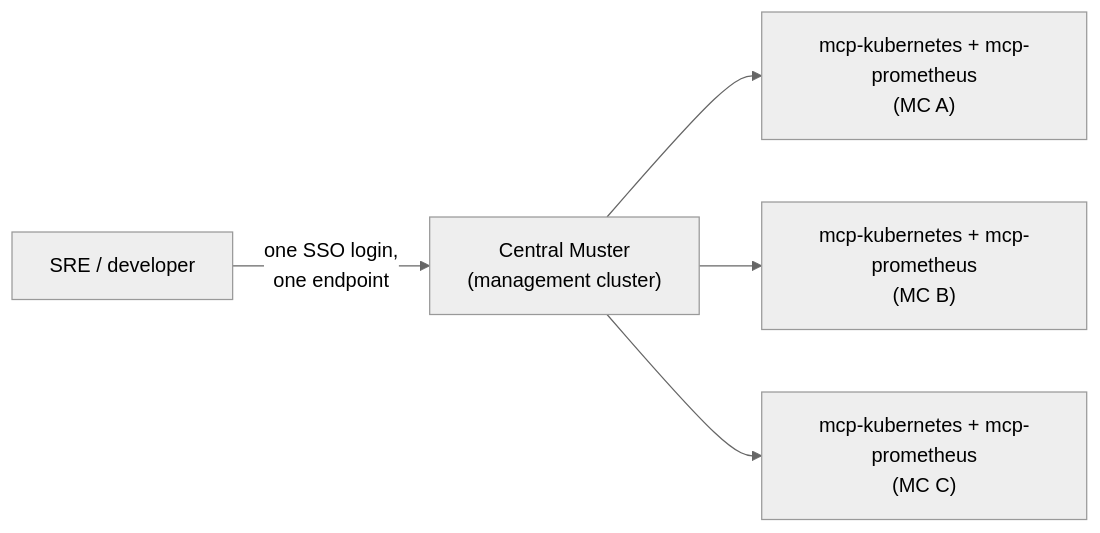
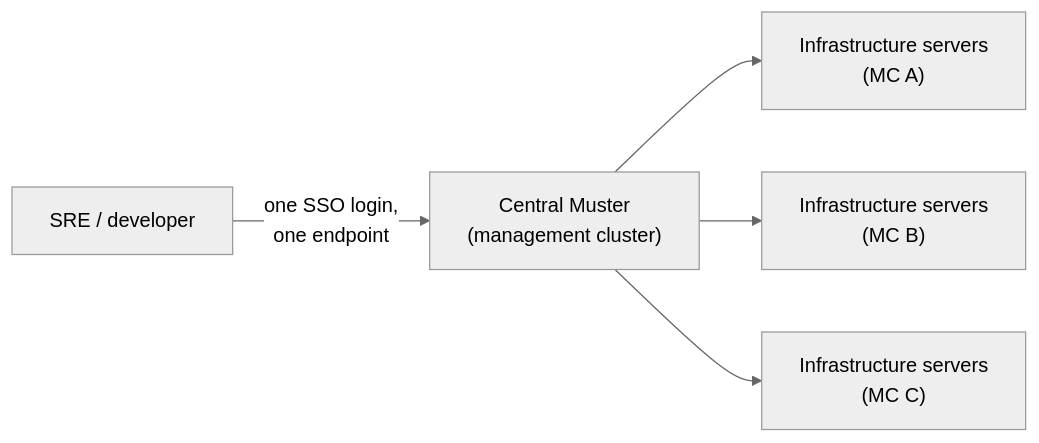
The second of 2 diagrams in src/content/overview/agent-platform/architecture/index.md (giantswarm/docs), drawn with Mermaid (neutral theme) before and after one commit. The commit also changed other lines of this file and 6 other files, not shown here.

Commit message:
docs(agent-platform): name the three MCP server groups — Agent Platform, Infrastructure, Registered servers (#3412)

```diff
--- a/src/content/overview/agent-platform/architecture/index.md
+++ b/src/content/overview/agent-platform/architecture/index.md
@@ -95,13 +95,13 @@
 {{< mermaid >}}
 flowchart LR
   user["SRE / developer"]
   central["Central Muster<br/>(management cluster)"]
-  mcpA["mcp-kubernetes + mcp-prometheus<br/>(MC A)"]
-  mcpB["mcp-kubernetes + mcp-prometheus<br/>(MC B)"]
-  mcpC["mcp-kubernetes + mcp-prometheus<br/>(MC C)"]
+  mcpA["Infrastructure servers<br/>(MC A)"]
+  mcpB["Infrastructure servers<br/>(MC B)"]
+  mcpC["Infrastructure servers<br/>(MC C)"]
 
   user -- "one SSO login,<br/>one endpoint" --> central
   central --> mcpA
   central --> mcpB
   central --> mcpC
 {{< /mermaid >}}
```
